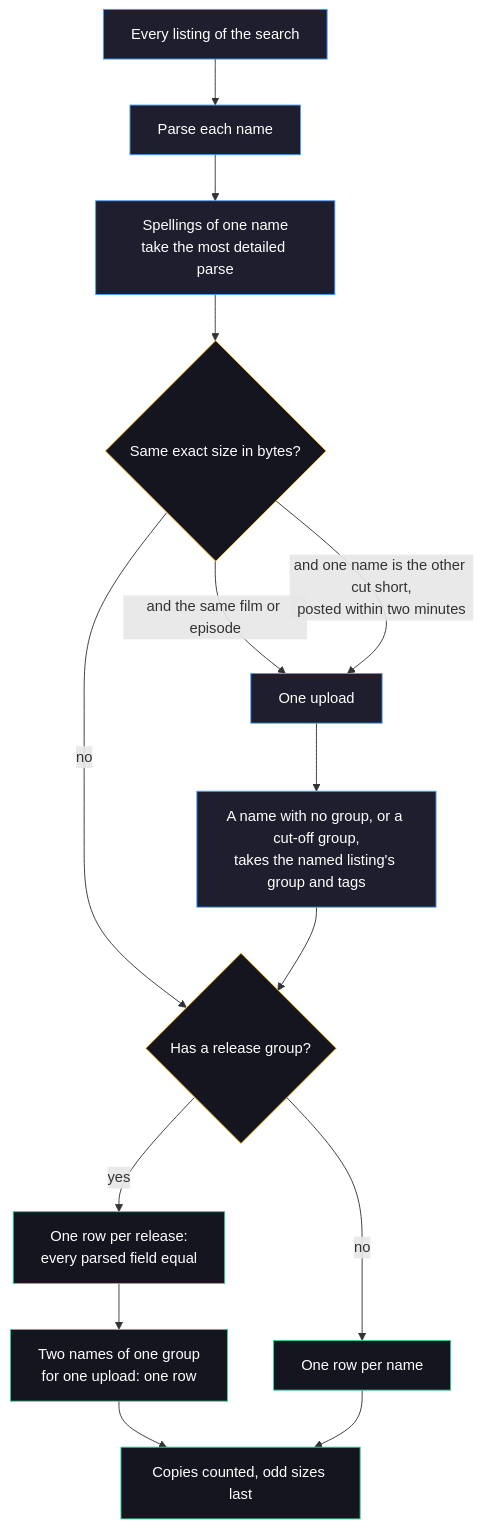
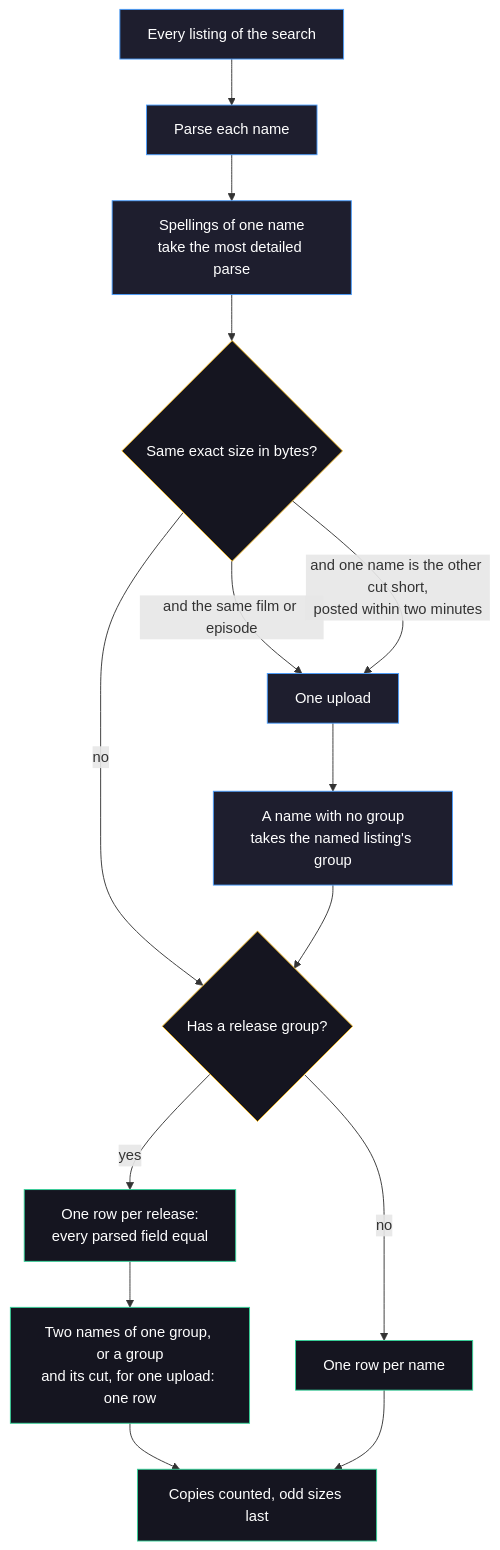
The first of 2 diagrams in docs-site/features/quality-filtering.md (Appz4Fun/NeNeTeePee-Stream-Kodi), drawn with Mermaid before and after one commit. The commit also changed other lines of this file and 12 other files, not shown here.

````diff
--- a/docs-site/features/quality-filtering.md
+++ b/docs-site/features/quality-filtering.md
@@ -405,23 +405,23 @@
 ```mermaid
 flowchart TD
     A[Every listing of the search] --> B[Parse each name]
     B --> C[Spellings of one name<br>take the most detailed parse]
     C --> D{Same exact size in bytes?}
     D -- "and the same film or episode" --> E[One upload]
     D -- "and one name is the other cut short,<br>posted within two minutes" --> E
     D -- no --> G
-    E --> K[A name with no group, or a cut-off group,<br>takes the named listing's group and tags]
+    E --> K[A name with no group<br>takes the named listing's group]
     K --> G{Has a release group?}
     G -- yes --> H[One row per release:<br>every parsed field equal]
     G -- no --> I[One row per name]
-    H --> L[Two names of one group<br>for one upload: one row]
+    H --> L[Two names of one group, or a group<br>and its cut, for one upload: one row]
     L --> J[Copies counted, odd sizes last]
     I --> J
 
     classDef step fill:#1E1E2E,stroke:#4A9EFF,color:#FFFFFF
     classDef ask fill:#151520,stroke:#FBBF24,color:#FFFFFF
     classDef done fill:#151520,stroke:#34D399,color:#FFFFFF
     class A,B,C,E,K step
     class D,G ask
     class H,I,J,L done
 ```
````
